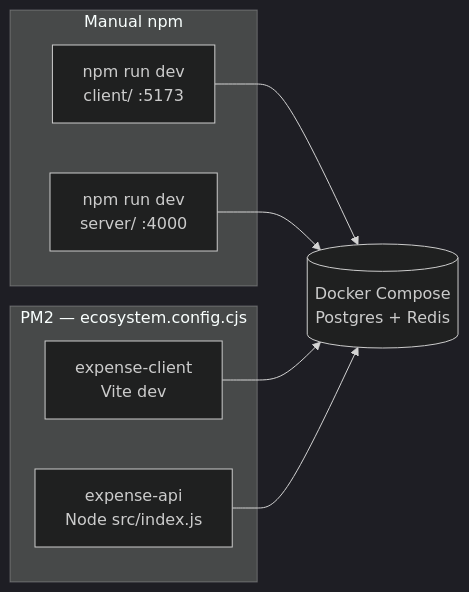
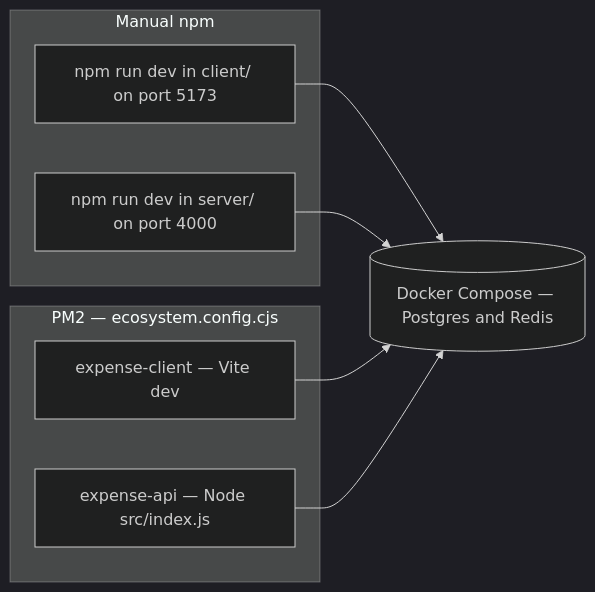
One commit to becomeonewiththecode/expense_tracker changed the fifth of 10 diagrams in docs/ARCHITECTURE_DIAGRAM.md. Above: the diagram before and after it, drawn with Mermaid (dark theme). The commit also changed other lines of this file and 6 other files, not shown here.

````diff
--- a/docs/ARCHITECTURE_DIAGRAM.md
+++ b/docs/ARCHITECTURE_DIAGRAM.md
@@ -117,17 +123,17 @@
 ```mermaid
 flowchart LR
   subgraph terminals [Manual npm]
-    T1["npm run dev<br/>client/ :5173"]
-    T2["npm run dev<br/>server/ :4000"]
+    T1["npm run dev in client/ on port 5173"]
+    T2["npm run dev in server/ on port 4000"]
   end
 
   subgraph pm2 [PM2 — ecosystem.config.cjs]
-    P1[expense-client<br/>Vite dev]
-    P2[expense-api<br/>Node src/index.js]
+    P1[expense-client — Vite dev]
+    P2[expense-api — Node src/index.js]
   end
 
-  DC[(Docker Compose<br/>Postgres + Redis)]
+  DC[(Docker Compose — Postgres and Redis)]
 
   T1 & T2 --> DC
   P1 & P2 --> DC
 ```
````
